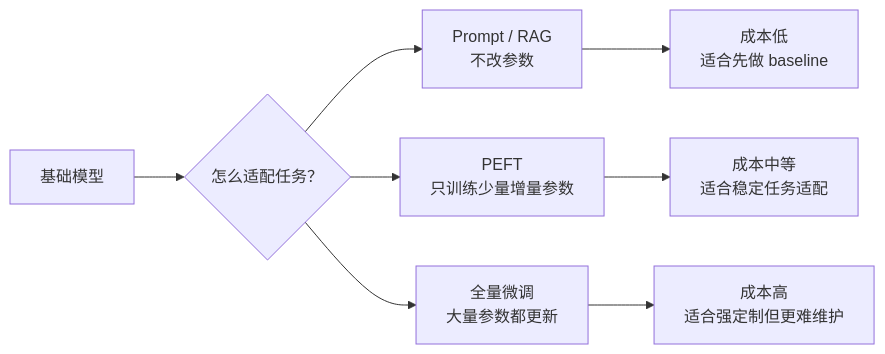
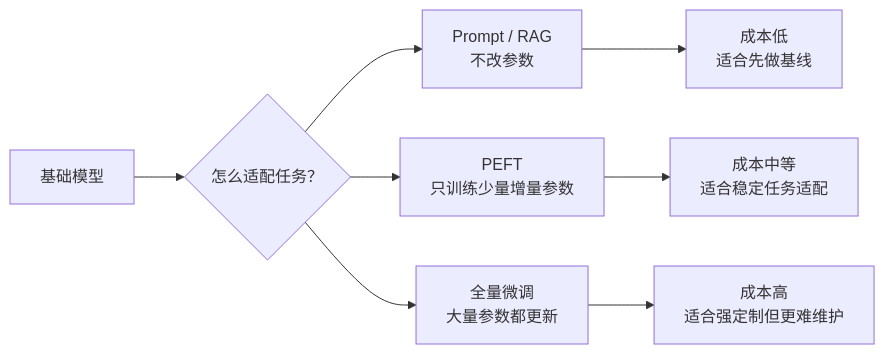
Before and after one commit to oudbiao/AI-fullstack-course: the second of 2 diagrams in i18n/zh-Hans/docusaurus-plugin-content-docs/current/ch07-llm-principles/ch06-finetuning/01-finetuning-overview.md, drawn with Mermaid. The commit also changed other lines of this file and 252 other files, not shown here.

````diff
--- a/i18n/zh-Hans/docusaurus-plugin-content-docs/current/ch07-llm-principles/ch06-finetuning/01-finetuning-overview.md
+++ b/i18n/zh-Hans/docusaurus-plugin-content-docs/current/ch07-llm-principles/ch06-finetuning/01-finetuning-overview.md
@@ -208,11 +208,11 @@
 ```mermaid
 flowchart LR
     A["基础模型"] --> B{"怎么适配任务？"}
     B --> C["Prompt / RAG<br/>不改参数"]
     B --> D["PEFT<br/>只训练少量增量参数"]
     B --> E["全量微调<br/>大量参数都更新"]
 
-    C --> C1["成本低<br/>适合先做 baseline"]
+    C --> C1["成本低<br/>适合先做基线"]
     D --> D1["成本中等<br/>适合稳定任务适配"]
     E --> E1["成本高<br/>适合强定制但更难维护"]
 ```
````
